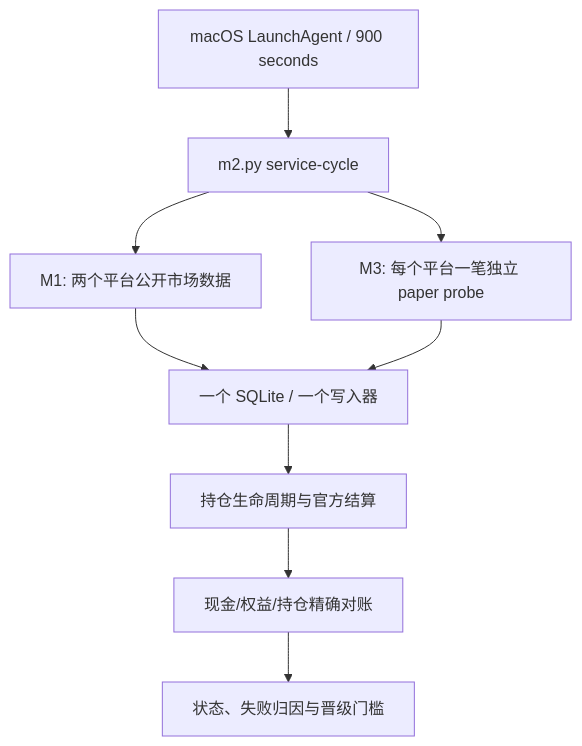
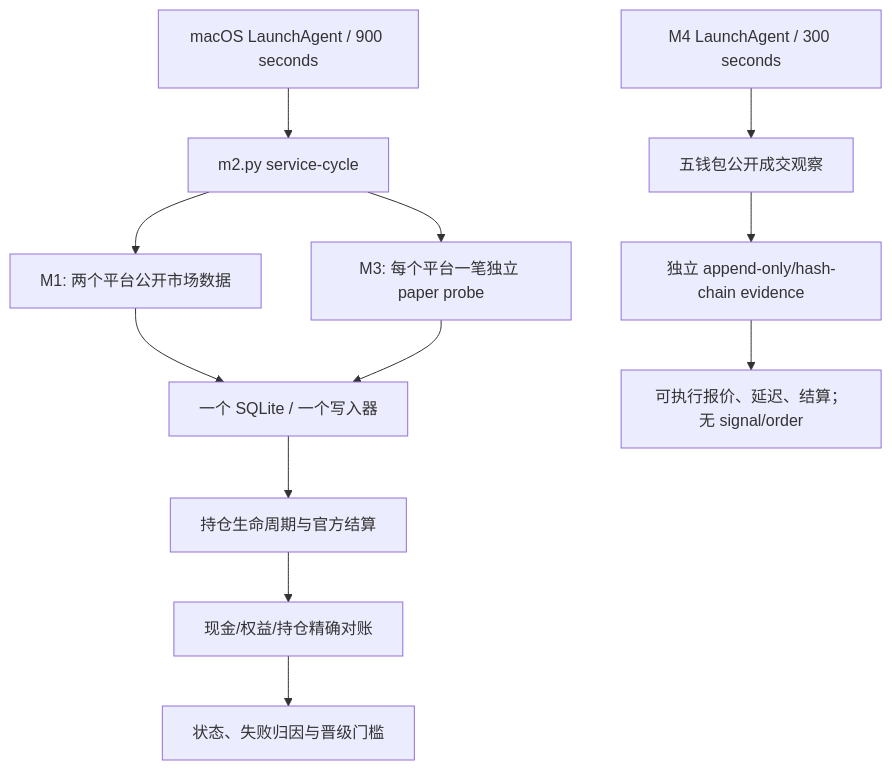
The first of 2 diagrams in HANDOFF.md (williamniu/polymarket-trading-system-v1.2.0), drawn with Mermaid before and after one commit. The commit also changed other lines of this file and 8 other files, not shown here.

````diff
--- a/HANDOFF.md
+++ b/HANDOFF.md
@@ -112,11 +121,14 @@
 ```mermaid
 flowchart TD
     L["macOS LaunchAgent / 900 seconds"] --> C["m2.py service-cycle"]
     C --> M1["M1: 两个平台公开市场数据"]
     M1 --> DB["一个 SQLite / 一个写入器"]
     C --> M3["M3: 每个平台一笔独立 paper probe"]
     M3 --> DB
     DB --> R["持仓生命周期与官方结算"]
     R --> Q["现金/权益/持仓精确对账"]
     Q --> G["状态、失败归因与晋级门槛"]
+    L4["M4 LaunchAgent / 300 seconds"] --> O["五钱包公开成交观察"]
+    O --> E["独立 append-only/hash-chain evidence"]
+    E --> X["可执行报价、延迟、结算；无 signal/order"]
 ```
````
